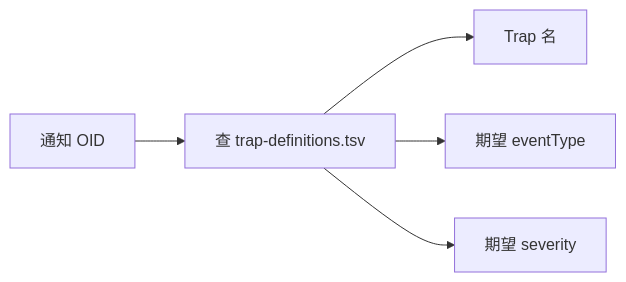
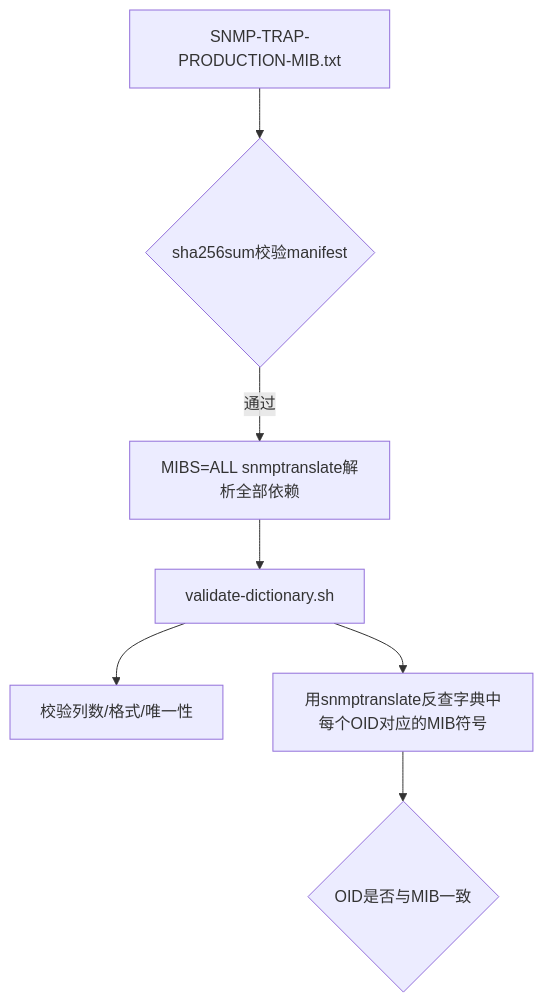
The diagram in slides/snmp-trap-demo-course/08.md (seki999/DialogueFlow_GitHub_OnLine), drawn with Mermaid before and after one commit. The commit also changed other lines of this file and 48 other files, not shown here.

````diff
--- a/slides/snmp-trap-demo-course/08.md
+++ b/slides/snmp-trap-demo-course/08.md
@@ -5,7 +5,9 @@
 ```mermaid
-flowchart LR
-    OID[通知 OID] --> Lookup[查 trap-definitions.tsv]
-    Lookup --> Name[Trap 名]
-    Lookup --> ET[期望 eventType]
-    Lookup --> SV[期望 severity]
+flowchart TB
+  MIB[SNMP-TRAP-PRODUCTION-MIB.txt] --> HASH{sha256sum校验manifest}
+  HASH -->|通过| PARSE[MIBS=ALL snmptranslate解析全部依赖]
+  PARSE --> DICT[validate-dictionary.sh]
+  DICT --> D1[校验列数/格式/唯一性]
+  DICT --> D2[用snmptranslate反查字典中每个OID对应的MIB符号]
+  D2 --> MATCH{OID是否与MIB一致}
 ```
````
